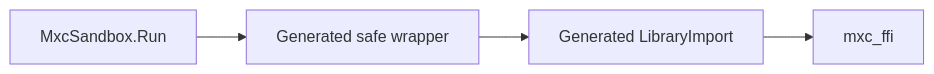
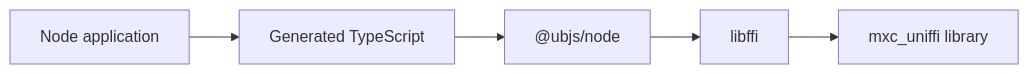
Before and after one commit to microsoft/mxc: the first of 3 diagrams in docs/designs/SDK/node-dotnet-sdk-generation.md, drawn with Mermaid. The commit also changed other lines of this file and 333 other files, not shown here.

````diff
--- a/docs/designs/SDK/node-dotnet-sdk-generation.md
+++ b/docs/designs/SDK/node-dotnet-sdk-generation.md
@@ -26,6 +10,7 @@
 ```mermaid
 flowchart LR
-    A[MxcSandbox.Run] --> B[Generated safe wrapper]
-    B --> C[Generated LibraryImport]
-    C --> D[mxc_ffi]
+    A[Node application] --> T[Generated TypeScript]
+    T --> R["@ubjs/node"]
+    R --> F[libffi]
+    F --> L[mxc_uniffi library]
 ```
````
